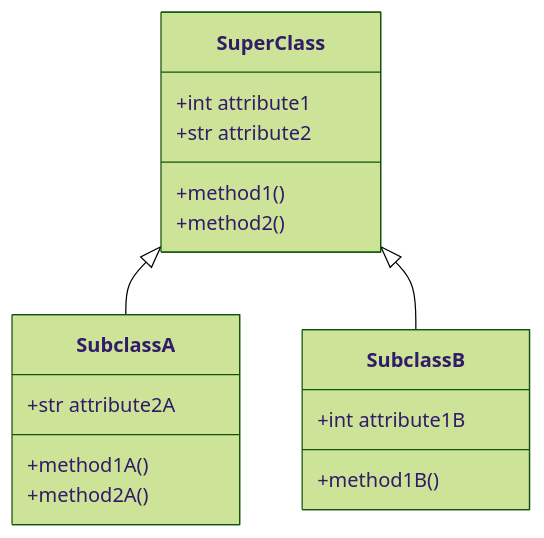
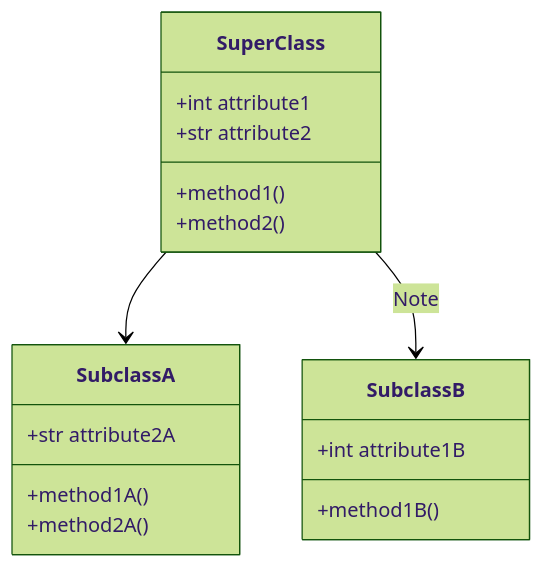
One commit to zluvsand/mermaid changed diagram 18 of 18 in README.md. Above: the diagram before and after it, drawn with Mermaid (forest theme).

Commit message:
Change arrow type in class diagram

````diff
--- a/README.md
+++ b/README.md
@@ -210,18 +210,18 @@
 ```mermaid
 classDiagram
-    SuperClass <|-- SubclassA
-    SuperClass <|-- SubclassB
+    SuperClass --> SubclassA
+    SuperClass --> SubclassB: Note
     SuperClass : +int attribute1
     SuperClass : +str attribute2
     SuperClass: +method1()
     SuperClass: +method2()
     class SubclassA{
         +str attribute2A
         +method1A()
         +method2A()
       }
     class SubclassB{
         +int attribute1B
         +method1B()
       }
 ```
````
